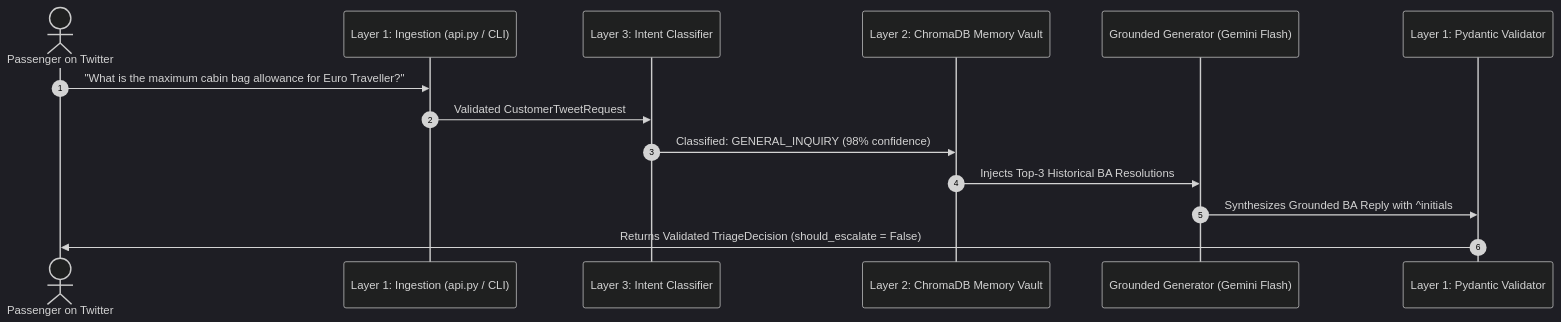
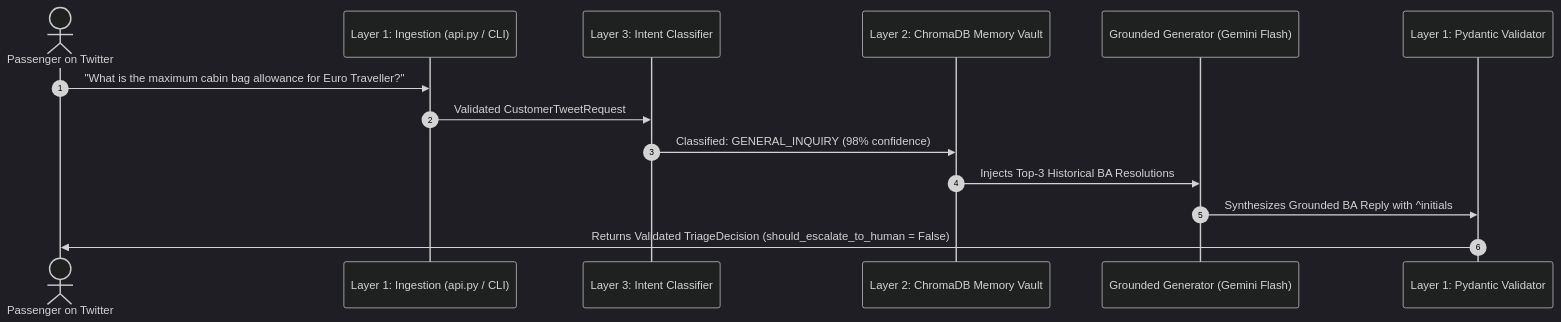
One commit to Nikhil4002-50-82/Hiver-Assignment changed the second of 2 diagrams in docs/AI_Handle.md. Above: the diagram before and after it, drawn with Mermaid (dark theme). The commit also changed other lines of this file and 7 other files, not shown here.

````diff
--- a/docs/AI_Handle.md
+++ b/docs/AI_Handle.md
@@ -44,17 +44,17 @@
 ```mermaid
 sequenceDiagram
     autonumber
     actor Customer as Passenger on Twitter
     participant Ingest as Layer 1: Ingestion (api.py / CLI)
     participant Classifier as Layer 3: Intent Classifier
     participant RAG as Layer 2: ChromaDB Memory Vault
     participant Generator as Grounded Generator (Gemini Flash)
     participant Validator as Layer 1: Pydantic Validator
     
     Customer->>Ingest: "What is the maximum cabin bag allowance for Euro Traveller?"
     Ingest->>Classifier: Validated CustomerTweetRequest
     Classifier->>RAG: Classified: GENERAL_INQUIRY (98% confidence)
     RAG->>Generator: Injects Top-3 Historical BA Resolutions
     Generator->>Validator: Synthesizes Grounded BA Reply with ^initials
-    Validator->>Customer: Returns Validated TriageDecision (should_escalate = False)
+    Validator->>Customer: Returns Validated TriageDecision (should_escalate_to_human = False)
 ```
````
